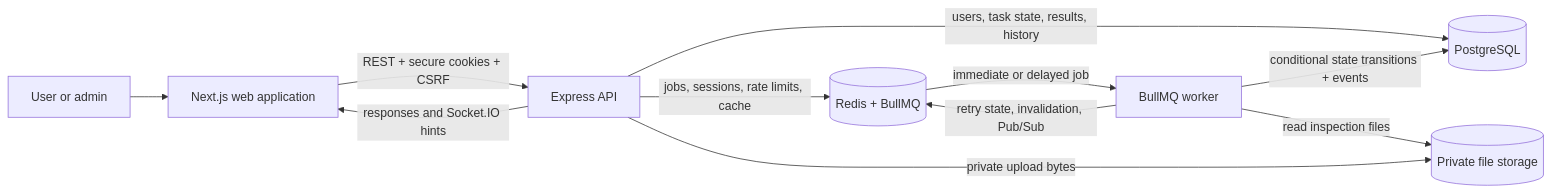
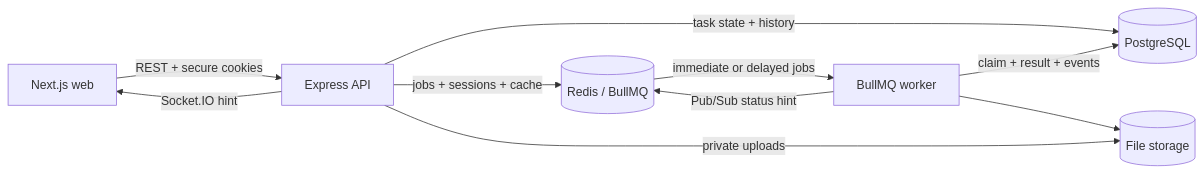
One commit to maadhav6677/Taskforge changed the diagram in README.md. Above: the diagram before and after it, drawn with Mermaid. The commit also changed other lines of this file and 10 other files, not shown here.

````diff
--- a/README.md
+++ b/README.md
@@ -295,16 +43,12 @@
 ```mermaid
 flowchart LR
-    User["User or admin"] --> Browser["Next.js web application"]
-
-    Browser -->|"REST + secure cookies + CSRF"| API["Express API"]
-    API -->|"responses and Socket.IO hints"| Browser
-
-    API -->|"users, task state, results, history"| DB[("PostgreSQL")]
-    API -->|"jobs, sessions, rate limits, cache"| Redis[("Redis + BullMQ")]
-    API -->|"private upload bytes"| Storage[("Private file storage")]
-
-    Redis -->|"immediate or delayed job"| Worker["BullMQ worker"]
-    Worker -->|"conditional state transitions + events"| DB
-    Worker -->|"read inspection files"| Storage
-    Worker -->|"retry state, invalidation, Pub/Sub"| Redis
+    Browser["Next.js web"] -->|"REST + secure cookies"| API["Express API"]
+    API -->|"task state + history"| DB[("PostgreSQL")]
+    API -->|"jobs + sessions + cache"| Redis[("Redis / BullMQ")]
+    API -->|"private uploads"| Files[("File storage")]
+    Redis -->|"immediate or delayed jobs"| Worker["BullMQ worker"]
+    Worker -->|"claim + result + events"| DB
+    Worker --> Files
+    Worker -->|"Pub/Sub status hint"| Redis
+    API -->|"Socket.IO hint"| Browser
 ```
````
